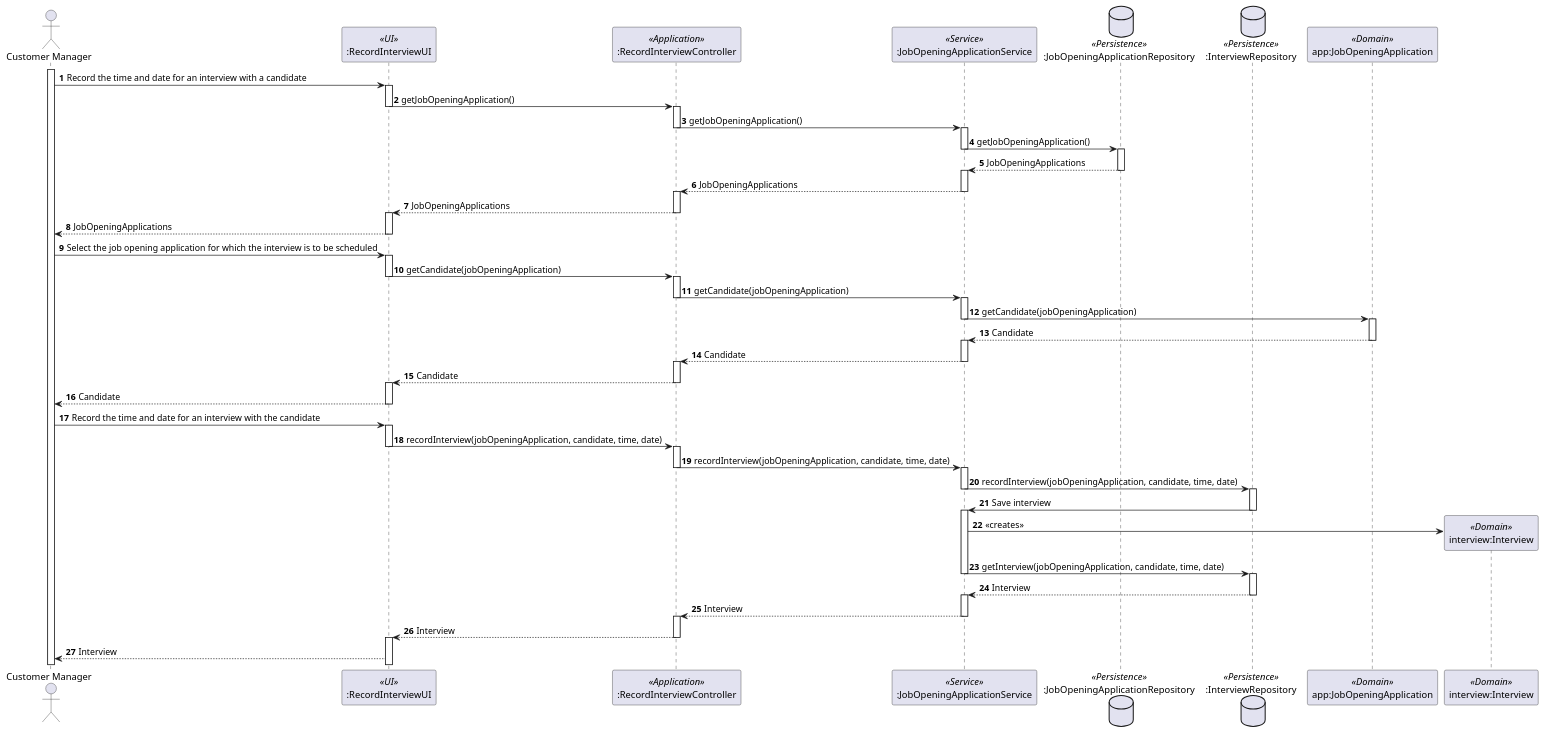
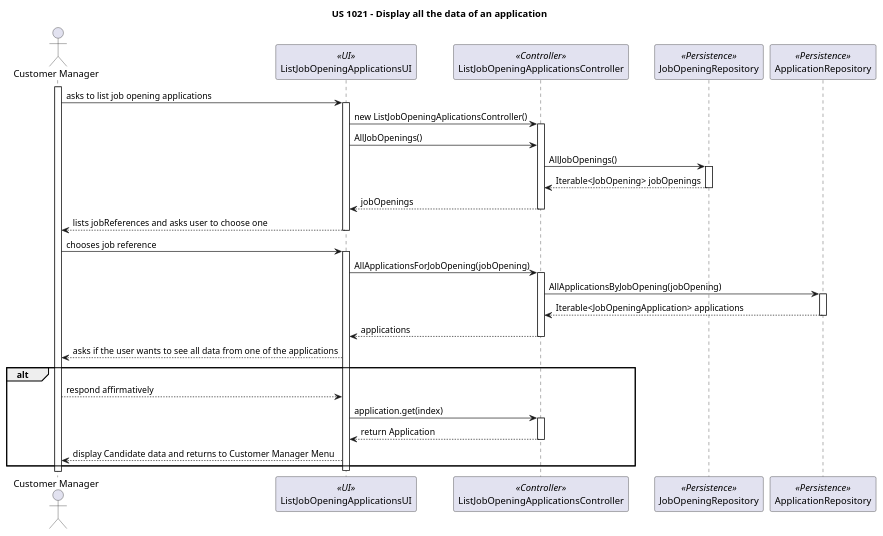
The diagram in docs/sprintC/1021/puml/1021-sequence-diagram.puml (marcoferreira37/Lapr4), drawn with PlantUML before and after one commit.

Commit message:
#46 Update of SD for US2021

```diff
--- a/docs/sprintC/1021/puml/1021-sequence-diagram.puml
+++ b/docs/sprintC/1021/puml/1021-sequence-diagram.puml
@@ -1,145 +2,67 @@
 @startuml
 
-actor "Customer Manager" as Agent
-participant ":RecordInterviewUI" as ui <<UI>>
-participant ":RecordInterviewController" as ctrl <<Application>>
-participant ":JobOpeningApplicationService" as jobApServ <<Service>>
-database ":JobOpeningApplicationRepository" as jobRepo <<Persistence>>
-'participant ":ApplicationService" as appServ <<Service>>
-database ":InterviewRepository" as intRepo <<Persistence>>
-participant "app:JobOpeningApplication" as app <<Domain>>
-participant "interview:Interview" as interview <<Domain>>
+title US 1021 - Display all the data of an application
 
+actor "Customer Manager" as User
 
-autonumber
-
-activate Agent
-
-Agent -> ui: Record the time and date for an interview with a candidate
-activate ui
-
-ui -> ctrl: getJobOpeningApplication()
-
-deactivate ui
-
-
-activate ctrl
-
-ctrl -> jobApServ: getJobOpeningApplication()
-deactivate ctrl
-
-activate jobApServ
-
-jobApServ -> jobRepo: getJobOpeningApplication()
-deactivate jobApServ
-activate jobRepo
-
-jobRepo --> jobApServ: JobOpeningApplications
-
-deactivate jobRepo
-
-activate jobApServ
-
-jobApServ --> ctrl: JobOpeningApplications
-deactivate jobApServ
-
-activate ctrl
-
-ctrl --> ui: JobOpeningApplications
-deactivate ctrl
-
-activate ui
-
-ui --> Agent: JobOpeningApplications
-deactivate ui
-
-Agent -> ui: Select the job opening application for which the interview is to be scheduled
-activate ui
-
-ui -> ctrl: getCandidate(jobOpeningApplication)
-deactivate ui
-
-activate ctrl
-
-ctrl -> jobApServ: getCandidate(jobOpeningApplication)
-deactivate ctrl
-
-activate jobApServ
-
-jobApServ -> app: getCandidate(jobOpeningApplication)
-deactivate jobApServ
-
-activate app
-
-app --> jobApServ: Candidate
-deactivate app
-
-activate jobApServ
-
-jobApServ --> ctrl: Candidate
-deactivate jobApServ
-
-activate ctrl
-
-ctrl --> ui: Candidate
-deactivate ctrl
-
-activate ui
-
-ui --> Agent: Candidate
-deactivate ui
-
-Agent -> ui: Record the time and date for an interview with the candidate
-activate ui
-
-ui -> ctrl: recordInterview(jobOpeningApplication, candidate, time, date)
-deactivate ui
-
-activate ctrl
-
-ctrl -> jobApServ: recordInterview(jobOpeningApplication, candidate, time, date)
-deactivate ctrl
-
-activate jobApServ
-
-jobApServ -> intRepo: recordInterview(jobOpeningApplication, candidate, time, date)
-deactivate jobApServ
-
-activate intRepo
-
-intRepo -> jobApServ: Save interview
-deactivate intRepo
-
-activate jobApServ
-
-jobApServ -> interview** : «creates»
-
-jobApServ -> intRepo: getInterview(jobOpeningApplication, candidate, time, date)
-deactivate jobApServ
-
-activate intRepo
-
-intRepo --> jobApServ: Interview
-deactivate intRepo
-
-activate jobApServ
-
-jobApServ --> ctrl: Interview
-deactivate jobApServ
-
-activate ctrl
-
-ctrl --> ui: Interview
-deactivate ctrl
-
-activate ui
-
-ui --> Agent: Interview
+participant "ListJobOpeningApplicationsUI" as UI <<UI>>
+participant "ListJobOpeningApplicationsController" as Controller <<Controller>>
+participant "JobOpeningRepository" as Repository <<Persistence>>
+participant "ApplicationRepository" as ApplicationRepository <<Persistence>>
 
 
 
+activate User
+
+User -> UI: asks to list job opening applications
+
+activate UI
+
+UI -> Controller: new ListJobOpeningAplicationsController()
+    activate Controller
+UI -> Controller:AllJobOpenings()
+Controller -> Repository: AllJobOpenings()
+
+    activate Repository
+
+    Repository --> Controller: Iterable<JobOpening> jobOpenings
+
+    deactivate Repository
+
+    Controller --> UI: jobOpenings
+
+    deactivate Controller
+    UI --> User: lists jobReferences and asks user to choose one
+deactivate UI
+
+User -> UI: chooses job reference
+
+activate UI
+
+    UI -> Controller: AllApplicationsForJobOpening(jobOpening)
+
+    activate Controller
 
 
+Controller -> ApplicationRepository: AllApplicationsByJobOpening(jobOpening)
+activate ApplicationRepository
 
+ApplicationRepository --> Controller:   Iterable<JobOpeningApplication> applications
+
+deactivate ApplicationRepository
+Controller --> UI: applications
+deactivate Controller
+
+UI --> User: asks if the user wants to see all data from one of the applications
+alt
+User-->UI: respond affirmatively
+UI -> Controller: application.get(index)
+activate Controller
+Controller --> UI: return Application
+deactivate Controller
+UI --> User: display Candidate data and returns to Customer Manager Menu
+end
+
+deactivate UI
 
 @enduml
```
